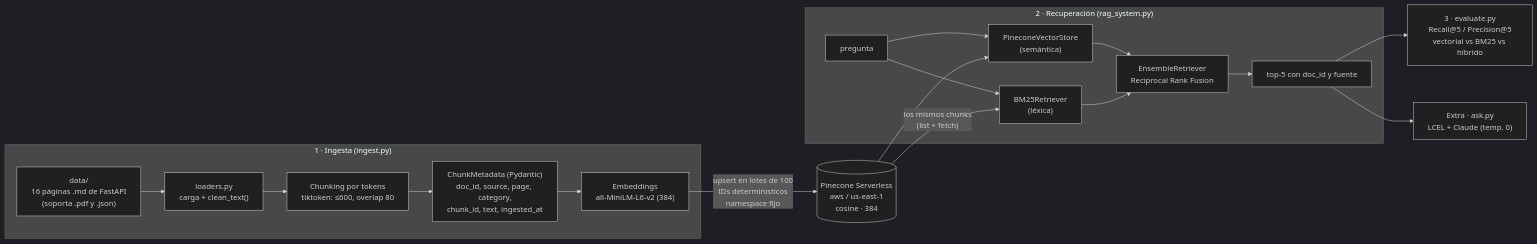
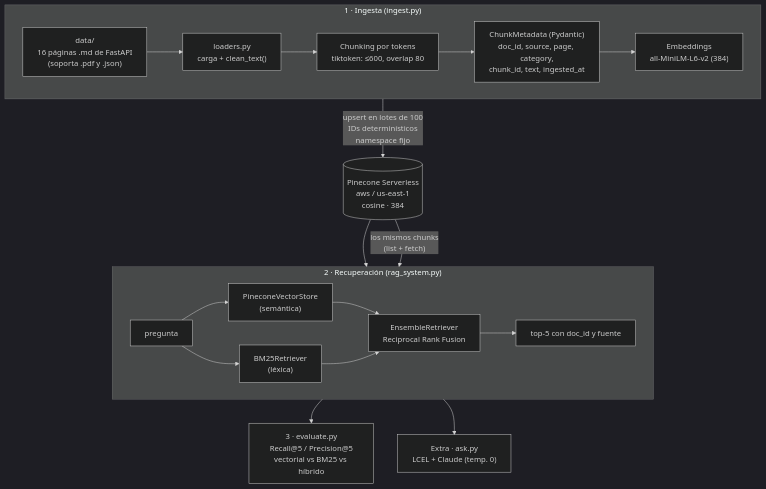
Before and after one commit to anukvilarasau/pre-entrega-4: the diagram in README.md, drawn with Mermaid (dark theme).

Commit message:
README: diagrama de arquitectura en filas para que se lea mejor

````diff
--- a/README.md
+++ b/README.md
@@ -11,21 +11,23 @@
 ```mermaid
-flowchart LR
+flowchart TB
     subgraph Ingesta["1 · Ingesta (ingest.py)"]
+        direction LR
         A["data/<br/>16 páginas .md de FastAPI<br/>(soporta .pdf y .json)"] --> B["loaders.py<br/>carga + clean_text()"]
         B --> C["Chunking por tokens<br/>tiktoken: ≤600, overlap 80"]
         C --> D["ChunkMetadata (Pydantic)<br/>doc_id, source, page, category,<br/>chunk_id, text, ingested_at"]
         D --> E["Embeddings<br/>all-MiniLM-L6-v2 (384)"]
     end
     E -->|"upsert en lotes de 100<br/>IDs determinísticos<br/>namespace fijo"| P[("Pinecone Serverless<br/>aws / us-east-1<br/>cosine · 384")]
     subgraph Recuperacion["2 · Recuperación (rag_system.py)"]
+        direction LR
         Q["pregunta"] --> V["PineconeVectorStore<br/>(semántica)"]
         Q --> K["BM25Retriever<br/>(léxica)"]
         V --> R["EnsembleRetriever<br/>Reciprocal Rank Fusion"]
         K --> R
         R --> T["top-5 con doc_id y fuente"]
     end
     P --> V
     P -->|"los mismos chunks<br/>(list + fetch)"| K
     T --> EV["3 · evaluate.py<br/>Recall@5 / Precision@5<br/>vectorial vs BM25 vs híbrido"]
     T --> ASK["Extra · ask.py<br/>LCEL + Claude (temp. 0)"]
 ```
````
